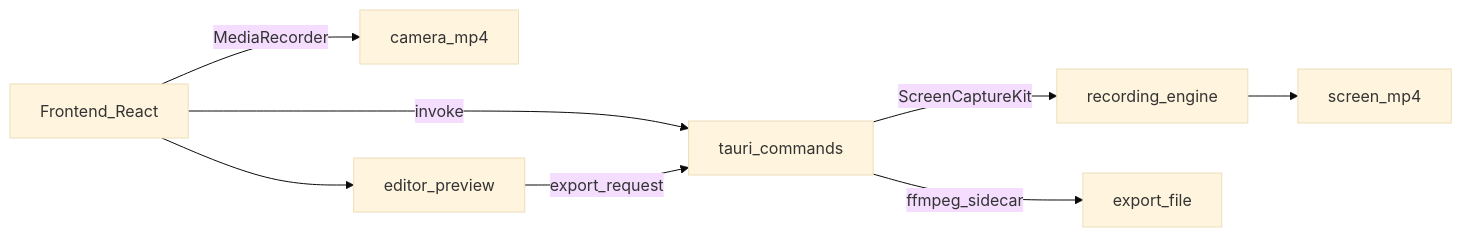
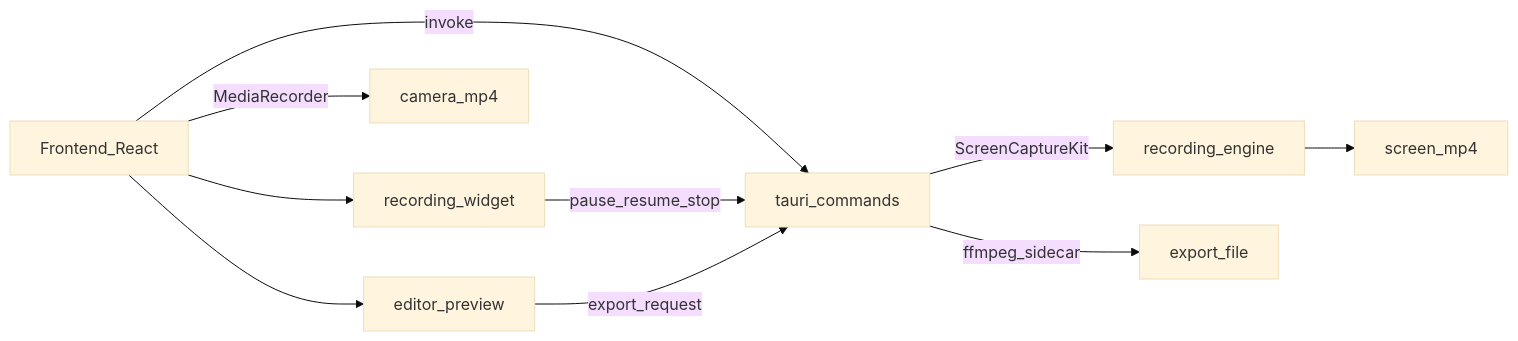
One commit to TommyBez/open-rec changed the diagram in .cursor/plans/macos-recorder-editor_e6c59b8d.plan.md. Above: the diagram before and after it, drawn with Mermaid (base theme). The commit also changed other lines of this file, not shown here.

````diff
--- a/.cursor/plans/macos-recorder-editor_e6c59b8d.plan.md
+++ b/.cursor/plans/macos-recorder-editor_e6c59b8d.plan.md
@@ -74,10 +80,12 @@
 ```mermaid
 flowchart LR
   UI[Frontend_React] -->|invoke| Cmd[tauri_commands]
   Cmd -->|ScreenCaptureKit| Rec[recording_engine]
   Rec --> Screen[screen_mp4]
+  UI --> Widget[recording_widget]
+  Widget -->|pause_resume_stop| Cmd
   UI -->|MediaRecorder| Cam[camera_mp4]
   UI --> Edit[editor_preview]
   Edit -->|export_request| Cmd
   Cmd -->|ffmpeg_sidecar| Out[export_file]
 ```
````
